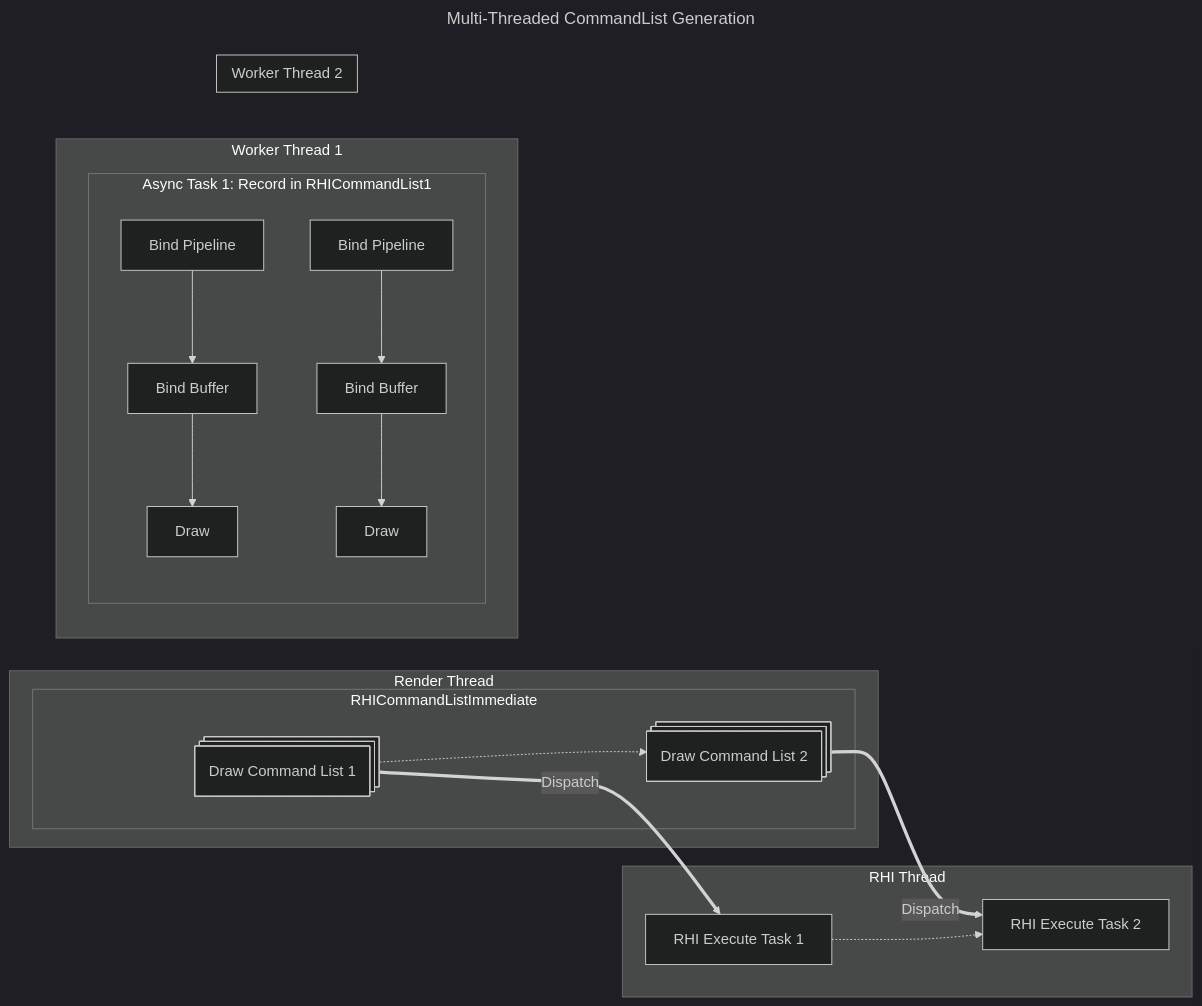
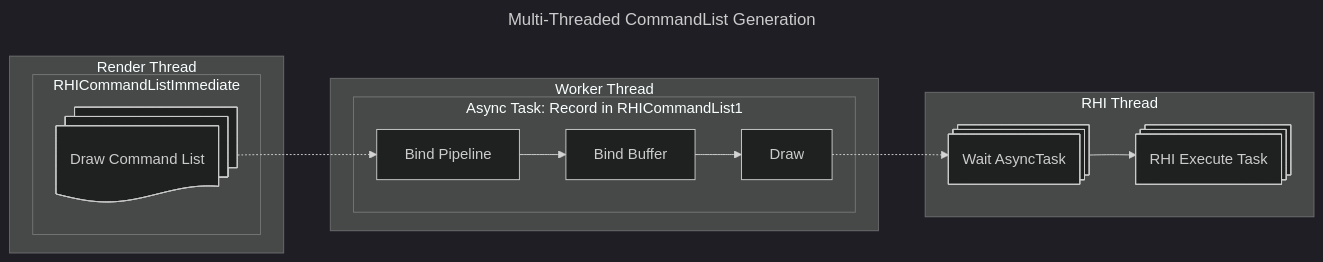
One commit to IdioticProgramApe/IdioticProgramApe.github.io changed the seventh of 7 diagrams in _posts/2025-10-31-unreal-multithreaded-rendering.md. Above: the diagram before and after it, drawn with Mermaid (dark theme). The commit also changed other lines of this file, not shown here.

````diff
--- a/_posts/2025-10-31-unreal-multithreaded-rendering.md
+++ b/_posts/2025-10-31-unreal-multithreaded-rendering.md
@@ -166,39 +166,30 @@
 ```mermaid
 ---
 title: Multi-Threaded CommandList Generation
 ---
 flowchart LR
     subgraph RT [Render Thread]
         subgraph RHICommandListImmediate
-            Draw1@{ shape: procs, label: "Draw Command List 1" }
-            Draw2@{ shape: procs, label: "Draw Command List 2" }
-            Draw1 -.-> Draw2
+            Draw@{ shape: docs, label: "Draw Command List" }
         end
     end
     
-    subgraph WT1 [Worker Thread 1]
-        subgraph AT1 [Async Task 1: Record in RHICommandList1]
-            BP_1["Bind Pipeline"]
-            BB_1["Bind Buffer"]
-            Draw_1["Draw"]
-            BP_1 --> BB_1 --> Draw_1
+    subgraph WT [Worker Thread]
+        subgraph AT [Async Task: Record in RHICommandList1]
+            BP["Bind Pipeline"]
+            BB["Bind Buffer"]
+            DT["Draw"]
+            BP --> BB --> DT
         end
     end
-    subgraph WT2 [Worker Thread 2]
-        subgraph AT1 [Async Task 2: Record in RHICommandList2]
-            BP_2["Bind Pipeline"]
-            BB_2["Bind Buffer"]
-            Draw_2["Draw"]
-            BP_2 --> BB_2 --> Draw_2
-        end
+    subgraph RHI [RHI Thread]
+    	Wait@{ shape: procs, label: "Wait AsyncTask" }
+        Task@{ shape: procs, label: "RHI Execute Task" }
+        Wait --> Task
     end
     
-    Draw1 == Dispatch ==> Task1
-    Draw2 == Dispatch ==> Task2
+    Draw -.-> BP
+    DT -.-> Wait
     
-    subgraph RHI [RHI Thread]
-        Task1["RHI Execute Task 1"]
-        Task2["RHI Execute Task 2"]
-        Task1 -.-> Task2
-    end
+
 ```
````
